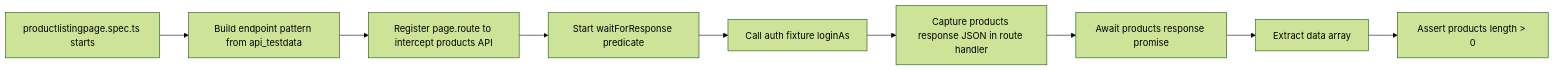
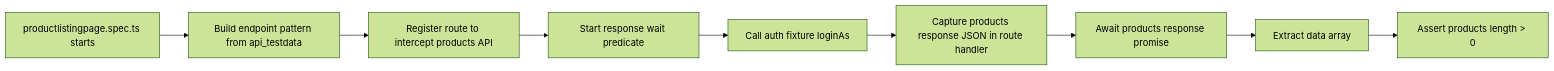
Before and after one commit to Vijay-Durairaj/Playwright_Framework: the third of 3 diagrams in README.md, drawn with Mermaid (forest theme). The commit also changed other lines of this file and 2 other files, not shown here.

````diff
--- a/README.md
+++ b/README.md
@@ -168,11 +168,11 @@
 ```mermaid
 flowchart LR
         A[productlistingpage.spec.ts starts] --> B[Build endpoint pattern from api_testdata]
-        B --> C[Register page.route to intercept products API]
-        C --> D[Start waitForResponse predicate]
+    B --> C[Register route to intercept products API]
+    C --> D[Start response wait predicate]
         D --> E[Call auth fixture loginAs]
         E --> F[Capture products response JSON in route handler]
         F --> G[Await products response promise]
         G --> H[Extract data array]
         H --> I[Assert products length > 0]
 ```
````
